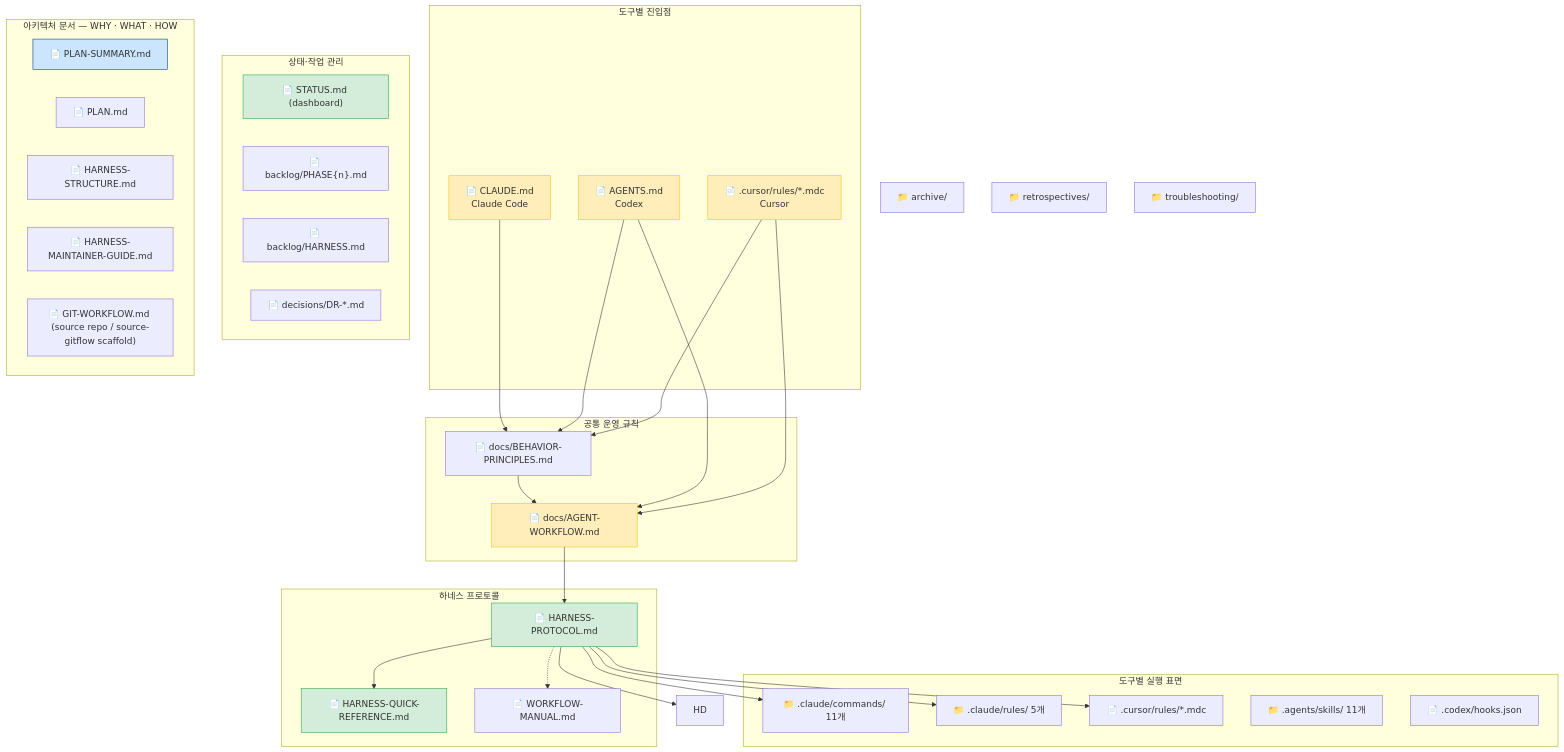
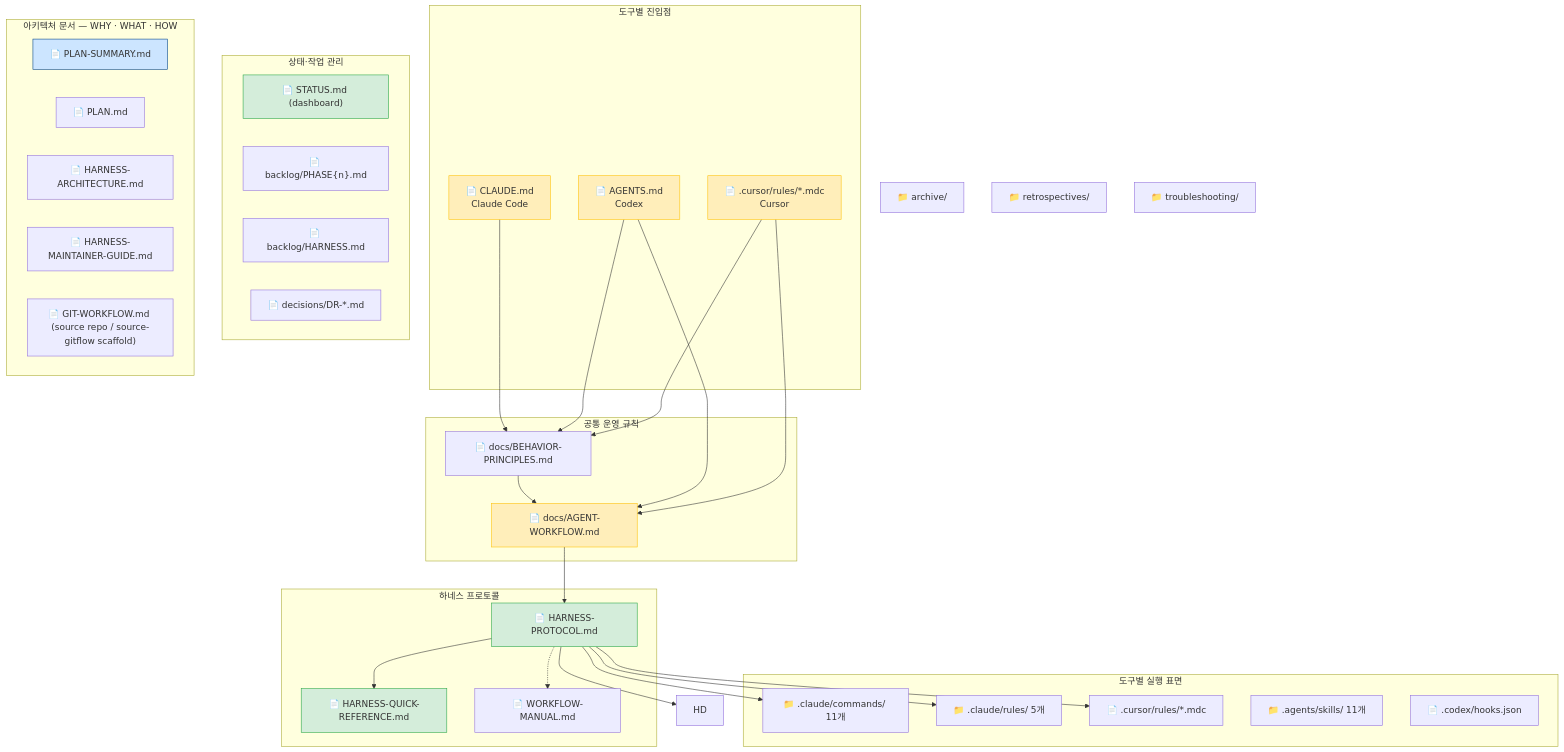
Before and after one commit to kyungseo/ai-workflow-harness: the fifth of 14 diagrams in docs/WORKFLOW-MANUAL.md, drawn with Mermaid. The commit also changed other lines of this file and 14 other files, not shown here.

First line of the commit message:
chore: HARNESS-STRUCTURE.md → HARNESS-ARCHITECTURE.md rename (CHORE-20260529-002)

````diff
--- a/docs/WORKFLOW-MANUAL.md
+++ b/docs/WORKFLOW-MANUAL.md
@@ -219,68 +219,68 @@
 ```mermaid
 graph TD
     subgraph ENTRY ["도구별 진입점"]
         CR["📄 CLAUDE.md\nClaude Code"]
         AG["📄 AGENTS.md\nCodex"]
         CU["📄 .cursor/rules/*.mdc\nCursor"]
     end
 
     subgraph SHARED ["공통 운영 규칙"]
         BP["📄 docs/BEHAVIOR-PRINCIPLES.md"]
         CD["📄 docs/AGENT-WORKFLOW.md"]
     end
 
     subgraph HARNESS ["하네스 프로토콜"]
         HP["📄 HARNESS-PROTOCOL.md"]
         HQ["📄 HARNESS-QUICK-REFERENCE.md"]
         WM["📄 WORKFLOW-MANUAL.md"]
     end
 
     subgraph TOOLS ["도구별 실행 표면"]
         CMD["📁 .claude/commands/ 11개"]
         RULE["📁 .claude/rules/ 5개"]
         CUR_R["📄 .cursor/rules/*.mdc"]
         SKILLS["📁 .agents/skills/ 11개"]
         HOOKS["📄 .codex/hooks.json"]
     end
 
     subgraph LIVE ["상태·작업 관리"]
         ST["📄 STATUS.md (dashboard)"]
         BL["📄 backlog/PHASE{n}.md"]
         HB["📄 backlog/HARNESS.md"]
         DR_N["📄 decisions/DR-*.md"]
     end
 
     subgraph ADOCS ["아키텍처 문서 — WHY · WHAT · HOW"]
         PS["📄 PLAN-SUMMARY.md"]
         PL["📄 PLAN.md"]
-        AR["📄 HARNESS-STRUCTURE.md"]
+        AR["📄 HARNESS-ARCHITECTURE.md"]
         DG["📄 HARNESS-MAINTAINER-GUIDE.md"]
         GW["📄 GIT-WORKFLOW.md (source repo / source-gitflow scaffold)"]
     end
 
     ARC2["📁 archive/"]
     RETRO2["📁 retrospectives/"]
     TROUBLE2["📁 troubleshooting/"]
 
     CR --> BP --> CD
     AG --> BP
     AG --> CD
     CU --> BP
     CU --> CD
     CD --> HP
     HP --> HQ
     HP --> HD
     HP --> CMD
     HP --> RULE
     HP --> CUR_R
     HP -.-> WM
 
     style CR fill:#ffeeba,stroke:#ffc107
     style AG fill:#ffeeba,stroke:#ffc107
     style CU fill:#ffeeba,stroke:#ffc107
     style CD fill:#ffeeba,stroke:#ffc107
     style ST fill:#d4edda,stroke:#28a745
     style HP fill:#d4edda,stroke:#28a745
     style HQ fill:#d4edda,stroke:#28a745
     style PS fill:#cce5ff,stroke:#004085
 ```
````
